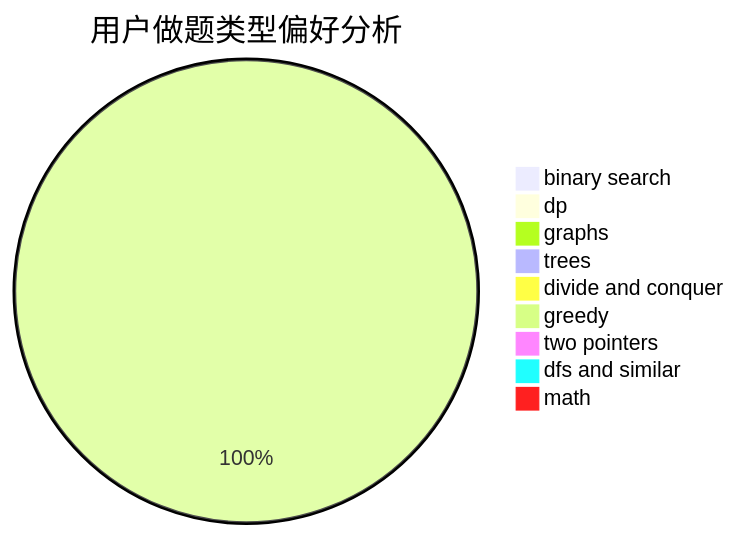
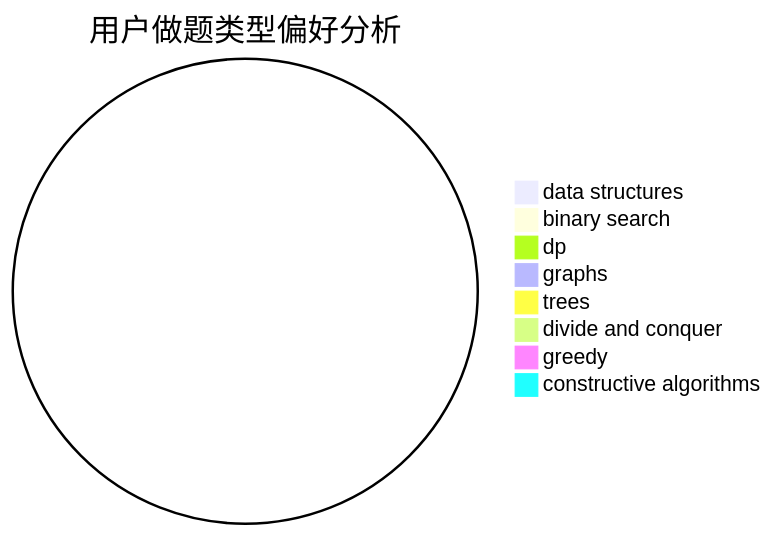
Before and after one commit to sherpahu/cfrs.github.io: the second of 3 diagrams in docs/user/u1533.md, drawn with Mermaid. The commit also changed other lines of this file and 2775 other files, not shown here.

````diff
--- a/docs/user/u1533.md
+++ b/docs/user/u1533.md
@@ -23,12 +23,11 @@
 ```mermaid
 pie title 用户做题类型偏好分析
+    "data structures" :  0
     "binary search" :  0
     "dp" :  0
     "graphs" :  0
     "trees" :  0
     "divide and conquer" :  0
-    "greedy" :  6
-    "two pointers" :  0
-    "dfs and similar" :  0
-    "math" :  0
+    "greedy" :  0
+    "constructive algorithms" :  0
 ```
````
